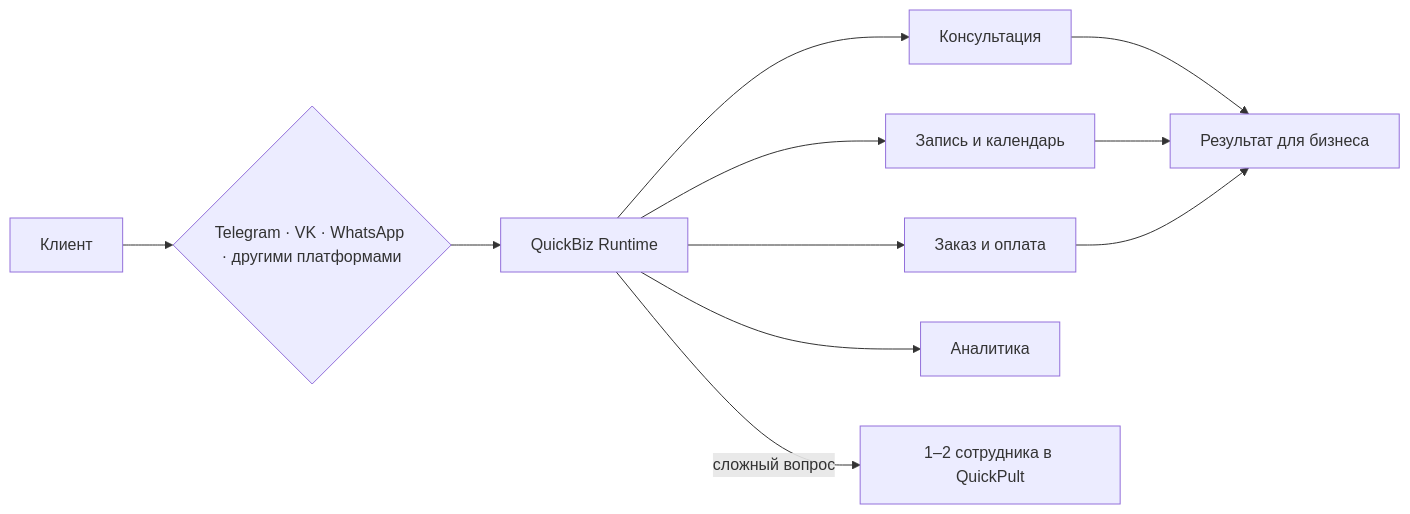
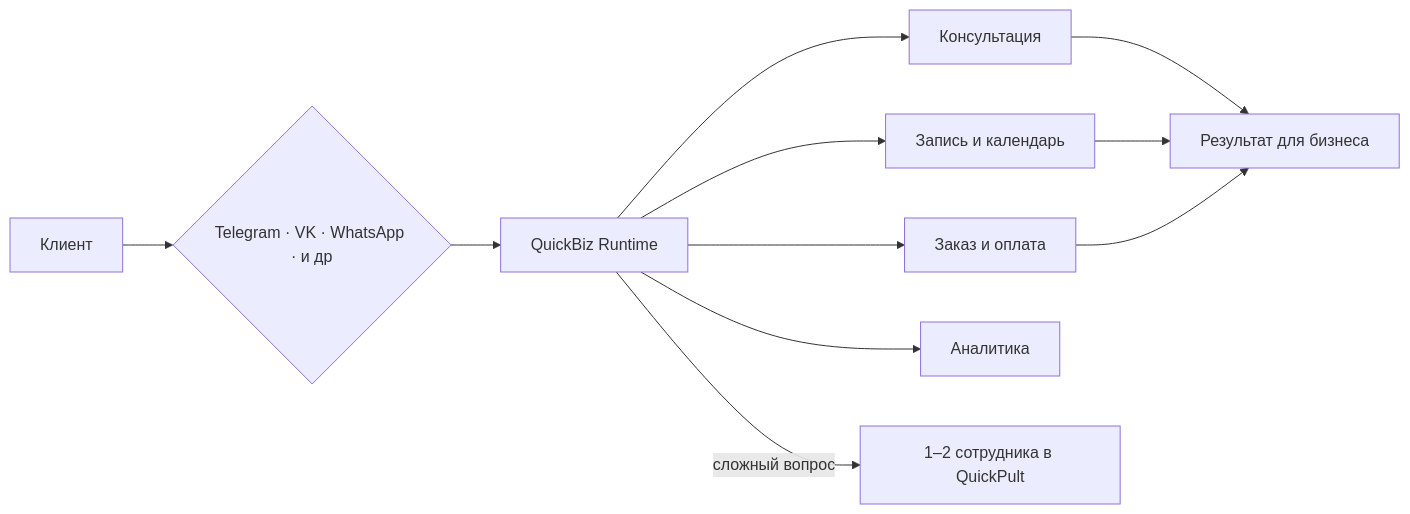
One commit to leksmustang/leksmustang changed the diagram in README.md. Above: the diagram before and after it, drawn with Mermaid.

````diff
--- a/README.md
+++ b/README.md
@@ -21,13 +21,13 @@
 ```mermaid
 flowchart LR
-    C[Клиент] --> M{Telegram · VK · WhatsApp · другими платформами}
+    C[Клиент] --> M{Telegram · VK · WhatsApp · и др}
     M --> R[QuickBiz Runtime]
     R --> Q[Консультация]
     R --> B[Запись и календарь]
     R --> P[Заказ и оплата]
     R --> A[Аналитика]
     R -->|сложный вопрос| H[1–2 сотрудника в QuickPult]
     Q --> RESULT[Результат для бизнеса]
     B --> RESULT
     P --> RESULT
 ```
````
